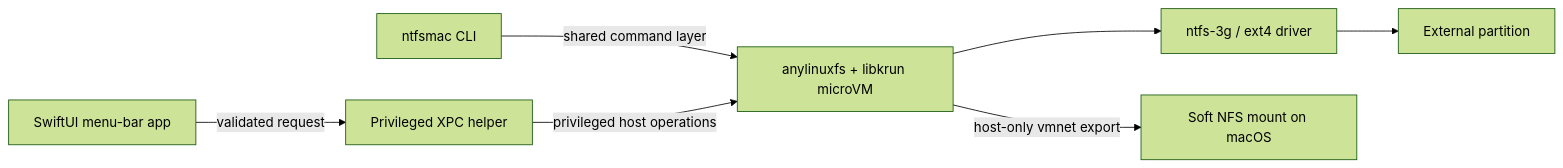
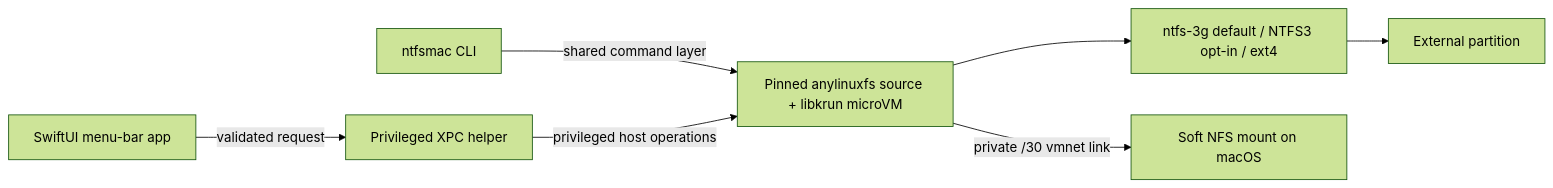
The diagram in README.md (BinaryBearsLLC/ntfsmac), drawn with Mermaid (forest theme) before and after one commit. The commit also changed other lines of this file and 11 other files, not shown here.

Commit message:
docs: publish BinaryBears product roadmap

````diff
--- a/README.md
+++ b/README.md
@@ -141,17 +154,17 @@
 ```mermaid
 flowchart LR
     UI["SwiftUI menu-bar app"]
     CLI["ntfsmac CLI"]
     Helper["Privileged XPC helper"]
-    VM["anylinuxfs + libkrun microVM"]
-    FS["ntfs-3g / ext4 driver"]
+    VM["Pinned anylinuxfs source + libkrun microVM"]
+    FS["ntfs-3g default / NTFS3 opt-in / ext4"]
     NFS["Soft NFS mount on macOS"]
     Disk["External partition"]
 
     UI -->|validated request| Helper
     CLI -->|shared command layer| VM
     Helper -->|privileged host operations| VM
     VM --> FS
     FS --> Disk
-    VM -->|host-only vmnet export| NFS
+    VM -->|private /30 vmnet link| NFS
 ```
````
